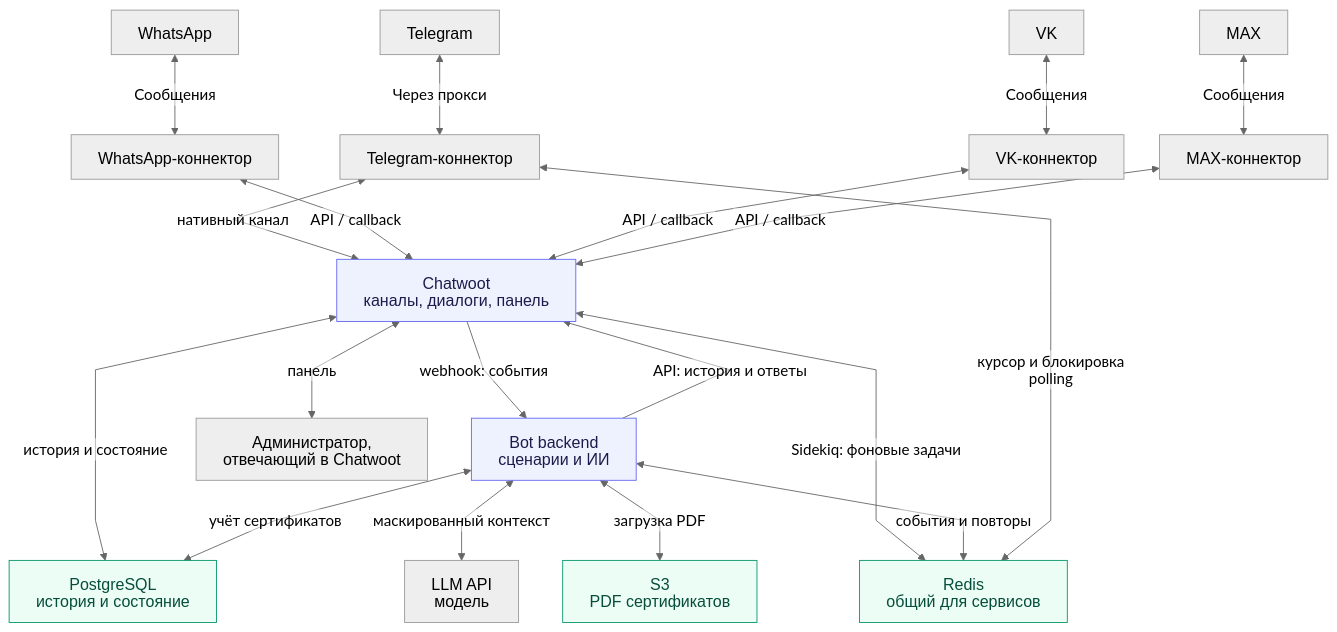
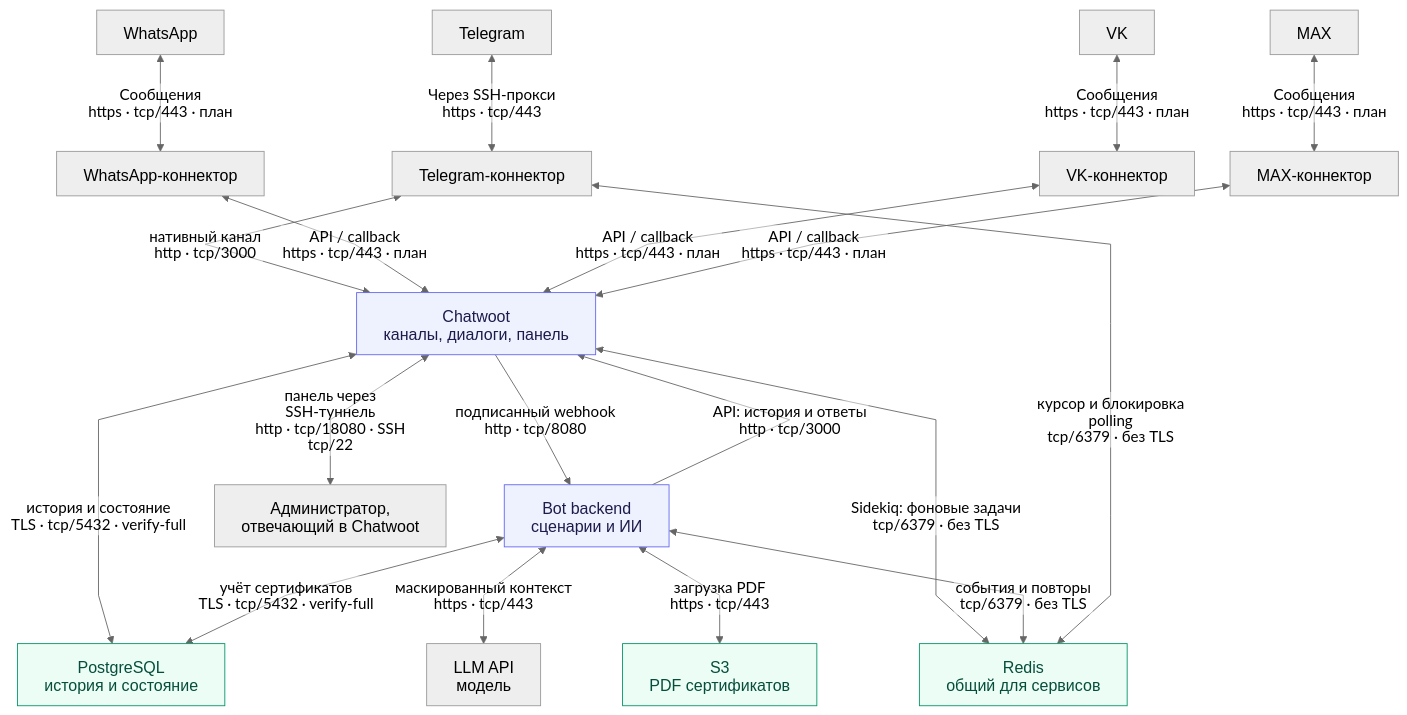
One commit to lebwa82/female_homelessness changed the diagram in docs/architecture.md. Above: the diagram before and after it, drawn with Mermaid. The commit also changed other lines of this file and 37 other files, not shown here.

````diff
--- a/docs/architecture.md
+++ b/docs/architecture.md
@@ -17,64 +19,64 @@
 ```mermaid
 ---
 config:
   theme: neutral
   htmlLabels: false
   flowchart:
     curve: linear
     nodeSpacing: 40
     rankSpacing: 65
     wrappingWidth: 230
   themeVariables:
     fontFamily: Arial, sans-serif
     fontSize: 17px
   themeCSS: |
     .edgeLabel text { font-family: Arial, sans-serif; font-size: 16px; }
 ---
 flowchart TB
     accTitle: Целевая архитектура приложения Невидимого фонда
     accDescr: Telegram, WhatsApp, VK и MAX связаны с Chatwoot через логические блоки коннекторов. Telegram-транспорт работает через прокси. Chatwoot отправляет события бэкенду через webhook; бэкенд работает с Chatwoot API, LLM, S3 и учётом сертификатов в PostgreSQL. Общий Redis используется Chatwoot для фоновых задач Sidekiq, бэкендом для очереди событий и повторов, Telegram-коннектором для курсора и блокировки polling. Администратор отвечает через панель Chatwoot.
 
     TG["Telegram"]
     WA["WhatsApp"]
     VK["VK"]
     MAX["MAX"]
 
     TRANSPORT["Telegram-коннектор"]
     WA_CONNECTOR["WhatsApp-коннектор"]
     VK_CONNECTOR["VK-коннектор"]
     MAX_CONNECTOR["MAX-коннектор"]
 
     CW["Chatwoot<br/>каналы, диалоги, панель"]
     AGENT["Bot backend<br/>сценарии и ИИ"]
     STAFF["Администратор,<br/>отвечающий в Chatwoot"]
     PG["PostgreSQL<br/>история и состояние"]
     LLM["LLM API<br/>модель"]
     S3["S3<br/>PDF сертификатов"]
     REDIS["Redis<br/>общий для сервисов"]
 
-    TG <-->|"Через прокси"| TRANSPORT
-    TRANSPORT <-->|"нативный канал"| CW
-    WA <-->|"Сообщения"| WA_CONNECTOR
-    VK <-->|"Сообщения"| VK_CONNECTOR
-    MAX <-->|"Сообщения"| MAX_CONNECTOR
-    WA_CONNECTOR <-->|"API / callback"| CW
-    VK_CONNECTOR <-->|"API / callback"| CW
-    MAX_CONNECTOR <-->|"API / callback"| CW
+    TG <-->|"Через SSH-прокси<br/>https · tcp/443"| TRANSPORT
+    TRANSPORT <-->|"нативный канал<br/>http · tcp/3000"| CW
+    WA <-->|"Сообщения<br/>https · tcp/443 · план"| WA_CONNECTOR
+    VK <-->|"Сообщения<br/>https · tcp/443 · план"| VK_CONNECTOR
+    MAX <-->|"Сообщения<br/>https · tcp/443 · план"| MAX_CONNECTOR
+    WA_CONNECTOR <-->|"API / callback<br/>https · tcp/443 · план"| CW
+    VK_CONNECTOR <-->|"API / callback<br/>https · tcp/443 · план"| CW
+    MAX_CONNECTOR <-->|"API / callback<br/>https · tcp/443 · план"| CW
 
-    CW -->|"webhook: события"| AGENT
-    AGENT -->|"API: история и ответы"| CW
-    CW <-->|"панель"| STAFF
-    CW <-->|"история и состояние"| PG
-    AGENT <-->|"учёт сертификатов"| PG
-    AGENT <-->|"маскированный контекст"| LLM
-    AGENT <-->|"загрузка PDF"| S3
-    CW <-->|"Sidekiq: фоновые задачи"| REDIS
-    AGENT <-->|"события и повторы"| REDIS
-    TRANSPORT <-->|"курсор и блокировка polling"| REDIS
+    CW -->|"подписанный webhook<br/>http · tcp/8080"| AGENT
+    AGENT -->|"API: история и ответы<br/>http · tcp/3000"| CW
+    CW <-->|"панель через SSH-туннель<br/>http · tcp/18080 · SSH tcp/22"| STAFF
+    CW <-->|"история и состояние<br/>TLS · tcp/5432 · verify-full"| PG
+    AGENT <-->|"учёт сертификатов<br/>TLS · tcp/5432 · verify-full"| PG
+    AGENT <-->|"маскированный контекст<br/>https · tcp/443"| LLM
+    AGENT <-->|"загрузка PDF<br/>https · tcp/443"| S3
+    CW <-->|"Sidekiq: фоновые задачи<br/>tcp/6379 · без TLS"| REDIS
+    AGENT <-->|"события и повторы<br/>tcp/6379 · без TLS"| REDIS
+    TRANSPORT <-->|"курсор и блокировка polling<br/>tcp/6379 · без TLS"| REDIS
 
     classDef default font-family:Arial,font-size:18px;
     classDef app fill:#eef2ff,stroke:#6366f1,color:#1e1b4b;
     classDef storage fill:#ecfdf5,stroke:#059669,color:#064e3b;
     class CW,AGENT app;
     class PG,S3,REDIS storage;
 ```
````
